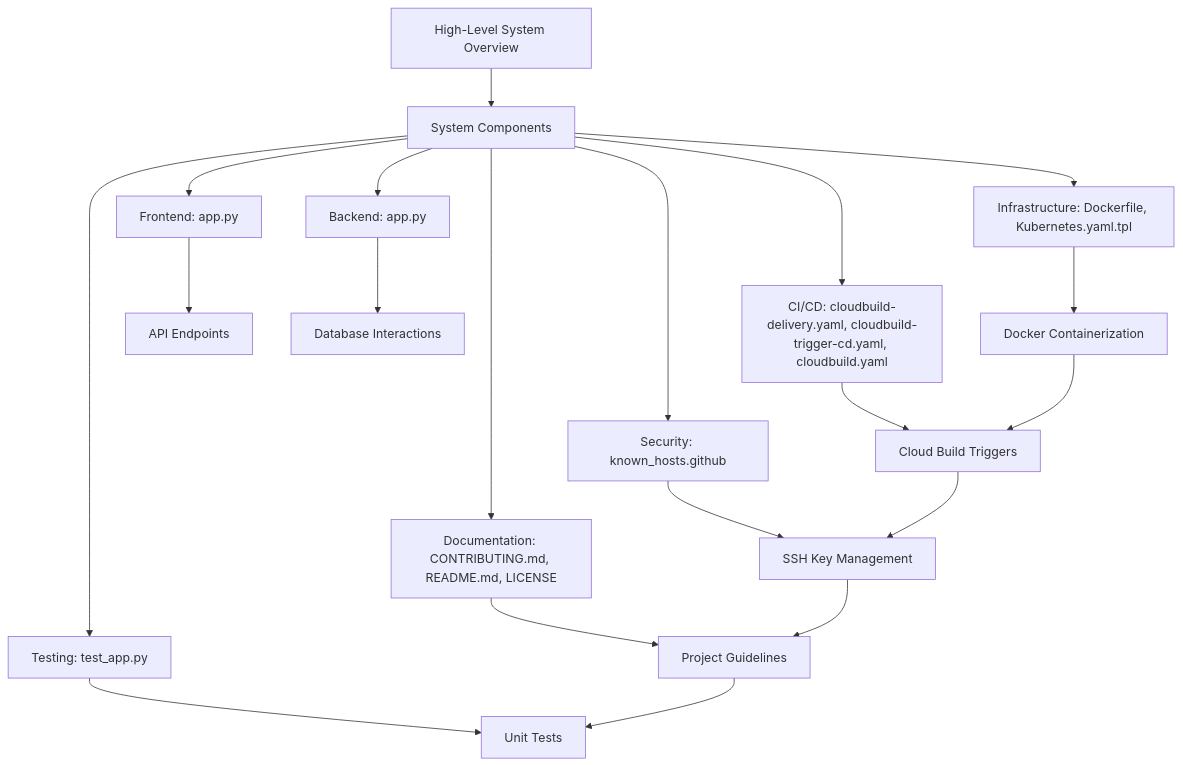
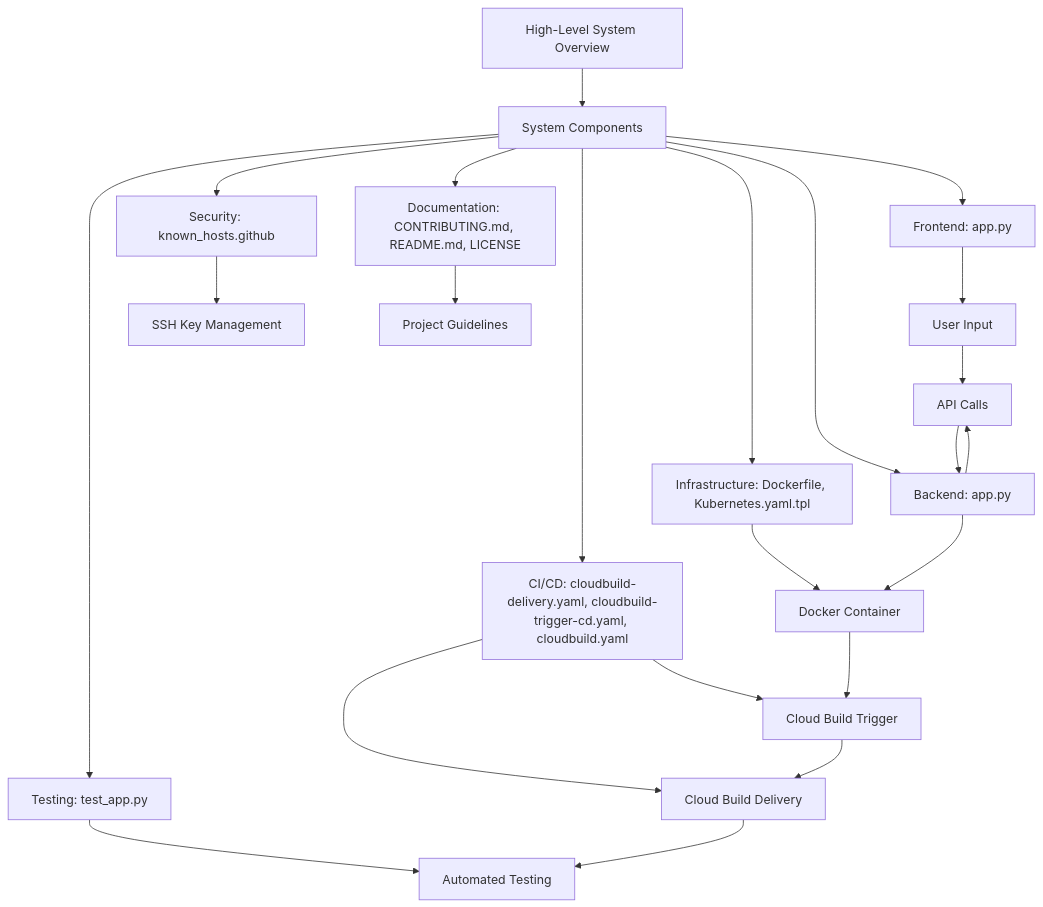
The diagram in ARCHITECTURE.md (nirzaraghure/hello-cloudbuild-app), drawn with Mermaid before and after one commit.

Commit message:
🤖 GitGenius: AI-generated code fix

````diff
--- a/ARCHITECTURE.md
+++ b/ARCHITECTURE.md
@@ -3,24 +3,25 @@
 ```mermaid
 graph TD
     A[High-Level System Overview] --> B[System Components]
     B --> C[Frontend: app.py]
     B --> D[Backend: app.py]
     B --> E[Infrastructure: Dockerfile, Kubernetes.yaml.tpl]
     B --> F[CI/CD: cloudbuild-delivery.yaml, cloudbuild-trigger-cd.yaml, cloudbuild.yaml]
     B --> G[Security: known_hosts.github]
     B --> H[Documentation: CONTRIBUTING.md, README.md, LICENSE]
     B --> I[Testing: test_app.py]
-
-    C --> J[API Endpoints]
-    D --> K[Database Interactions]
-    E --> L[Docker Containerization]
-    F --> M[Cloud Build Triggers]
-    G --> N[SSH Key Management]
-    H --> O[Project Guidelines]
-    I --> P[Unit Tests]
-
+    C --> J[User Input]
+    D --> K[API Calls]
+    E --> L[Docker Container]
+    F --> M[Cloud Build Trigger]
+    F --> N[Cloud Build Delivery]
+    G --> O[SSH Key Management]
+    H --> P[Project Guidelines]
+    I --> Q[Automated Testing]
+    J --> K
+    K --> D
+    D --> L
     L --> M
     M --> N
-    N --> O
-    O --> P
+    N --> Q
 ```
````
